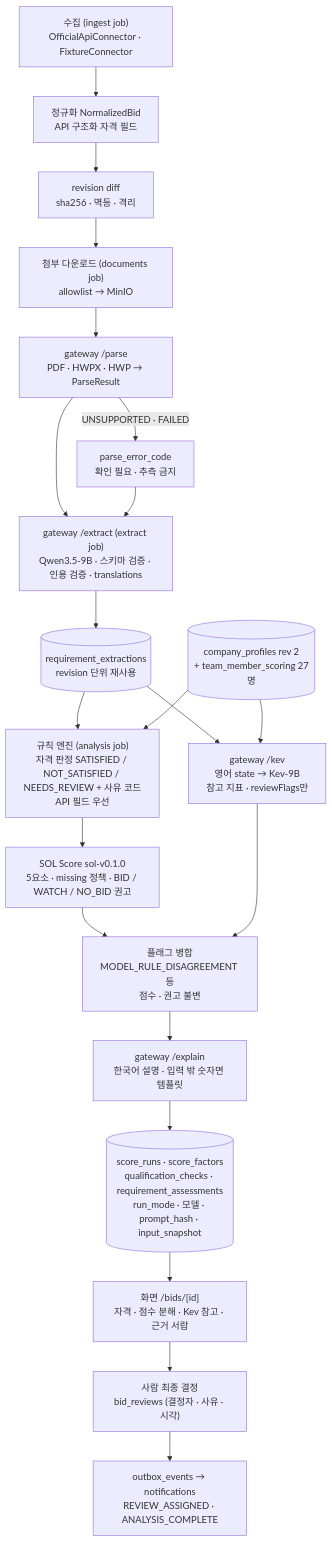
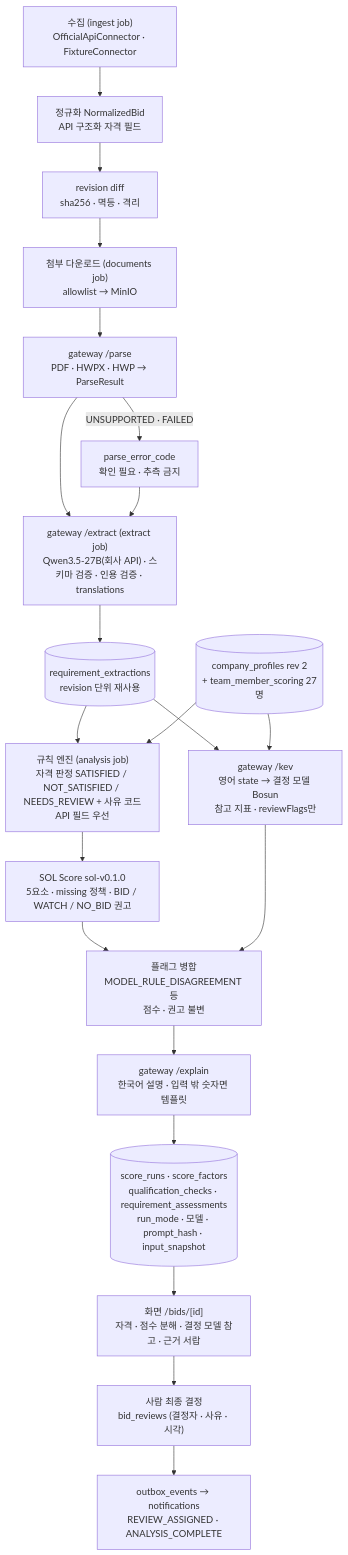
The second of 2 diagrams in docs/submission/architecture.md (solideoai/sol-radar), drawn with Mermaid before and after one commit. The commit also changed other lines of this file and 6 other files, not shown here.

````diff
--- a/docs/submission/architecture.md
+++ b/docs/submission/architecture.md
@@ -58,23 +58,23 @@
 ```mermaid
 flowchart TD
  A["수집 (ingest job)<br/>OfficialApiConnector · FixtureConnector"] --> N["정규화 NormalizedBid<br/>API 구조화 자격 필드"]
  N --> R1["revision diff<br/>sha256 · 멱등 · 격리"]
  R1 --> D["첨부 다운로드 (documents job)<br/>allowlist → MinIO"]
  D --> P["gateway /parse<br/>PDF · HWPX · HWP → ParseResult"]
  P -->|UNSUPPORTED · FAILED| PE["parse_error_code<br/>확인 필요 · 추측 금지"]
- P --> E["gateway /extract (extract job)<br/>Qwen3.5-9B · 스키마 검증 · 인용 검증 · translations"]
+ P --> E["gateway /extract (extract job)<br/>Qwen3.5-27B(회사 API) · 스키마 검증 · 인용 검증 · translations"]
  PE --> E
  E --> X[("requirement_extractions<br/>revision 단위 재사용")]
  X --> RE["규칙 엔진 (analysis job)<br/>자격 판정 SATISFIED / NOT_SATISFIED / NEEDS_REVIEW + 사유 코드<br/>API 필드 우선"]
  CP[("company_profiles rev 2<br/>+ team_member_scoring 27명")] --> RE
  RE --> S["SOL Score sol-v0.1.0<br/>5요소 · missing 정책 · BID / WATCH / NO_BID 권고"]
- X --> K["gateway /kev<br/>영어 state → Kev-9B<br/>참고 지표 · reviewFlags만"]
+ X --> K["gateway /kev<br/>영어 state → 결정 모델 Bosun<br/>참고 지표 · reviewFlags만"]
  CP --> K
  S --> F["플래그 병합<br/>MODEL_RULE_DISAGREEMENT 등<br/>점수 · 권고 불변"]
  K --> F
  F --> EX["gateway /explain<br/>한국어 설명 · 입력 밖 숫자면 템플릿"]
  EX --> Z[("score_runs · score_factors<br/>qualification_checks · requirement_assessments<br/>run_mode · 모델 · prompt_hash · input_snapshot")]
- Z --> UI["화면 /bids/[id]<br/>자격 · 점수 분해 · Kev 참고 · 근거 서랍"]
+ Z --> UI["화면 /bids/[id]<br/>자격 · 점수 분해 · 결정 모델 참고 · 근거 서랍"]
  UI --> H["사람 최종 결정<br/>bid_reviews (결정자 · 사유 · 시각)"]
  H --> O["outbox_events → notifications<br/>REVIEW_ASSIGNED · ANALYSIS_COMPLETE"]
 ```
````
